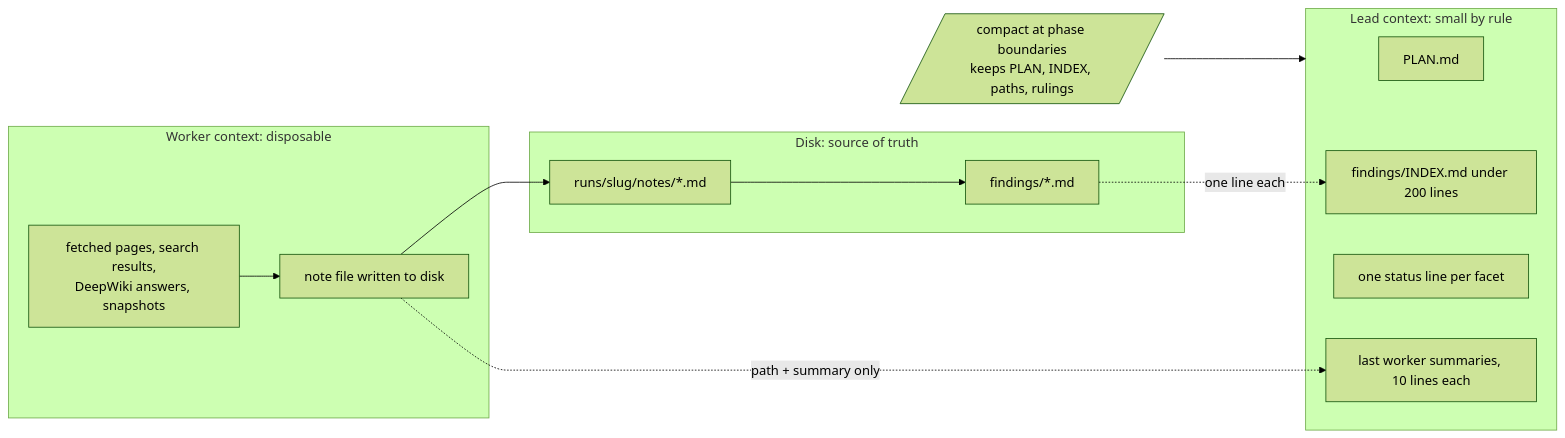
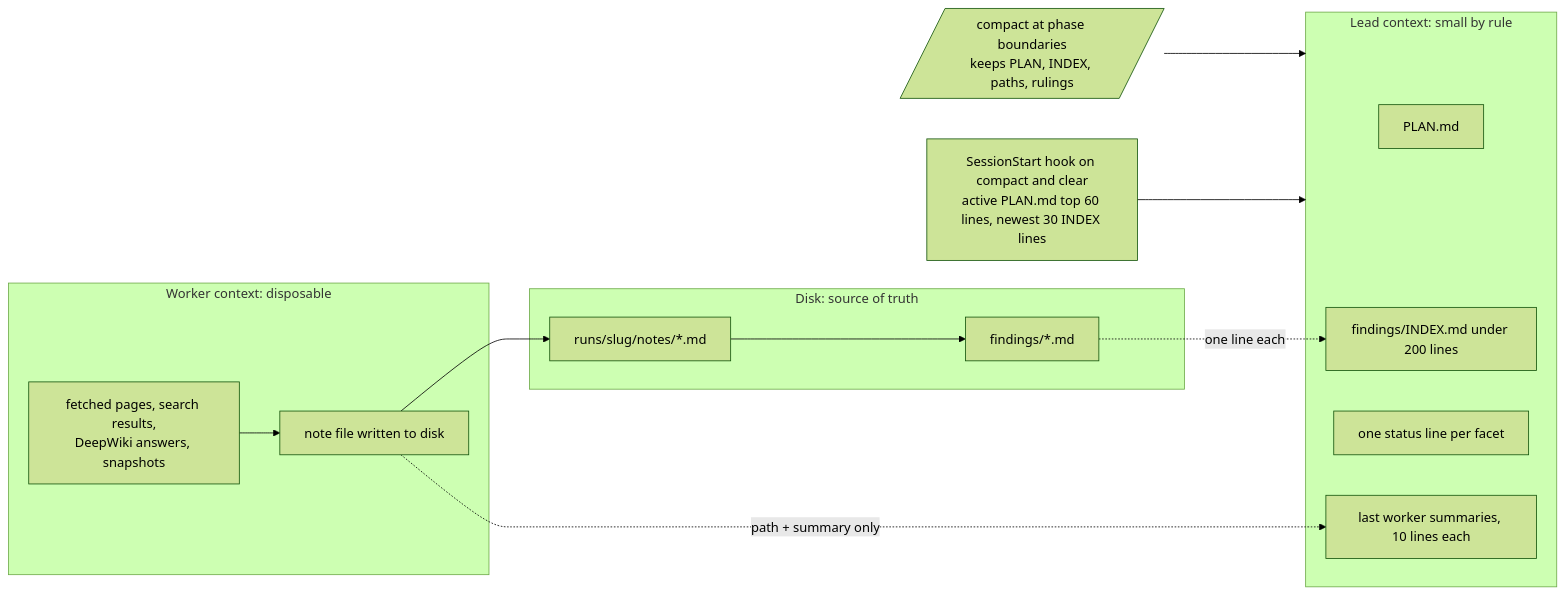
One commit to jcallahanp/Autonomy-Research changed the diagram in docs/diagrams/context-flow.mmd. Above: the diagram before and after it, drawn with Mermaid (forest theme). The commit also changed 4 other files, not shown here.

First line of the commit message:
Round 1: update install docs, three diagrams and open questions

```diff
--- a/docs/diagrams/context-flow.mmd
+++ b/docs/diagrams/context-flow.mmd
@@ -1,20 +1,21 @@
 flowchart LR
   subgraph lead[Lead context: small by rule]
     plan[PLAN.md]
     idx[findings/INDEX.md under 200 lines]
     status[one status line per facet]
     sum[last worker summaries, 10 lines each]
   end
   subgraph worker[Worker context: disposable]
     pages[fetched pages, search results,<br/>DeepWiki answers, snapshots]
     note[note file written to disk]
   end
   subgraph disk[Disk: source of truth]
     notes[runs/slug/notes/*.md]
     findings[findings/*.md]
   end
   pages --> note --> notes
   note -. "path + summary only" .-> sum
   notes --> findings
   findings -. "one line each" .-> idx
   compact[/compact at phase boundaries<br/>keeps PLAN, INDEX, paths, rulings/] --> lead
+  hook[SessionStart hook on compact and clear<br/>active PLAN.md top 60 lines, newest 30 INDEX lines] --> lead
```
